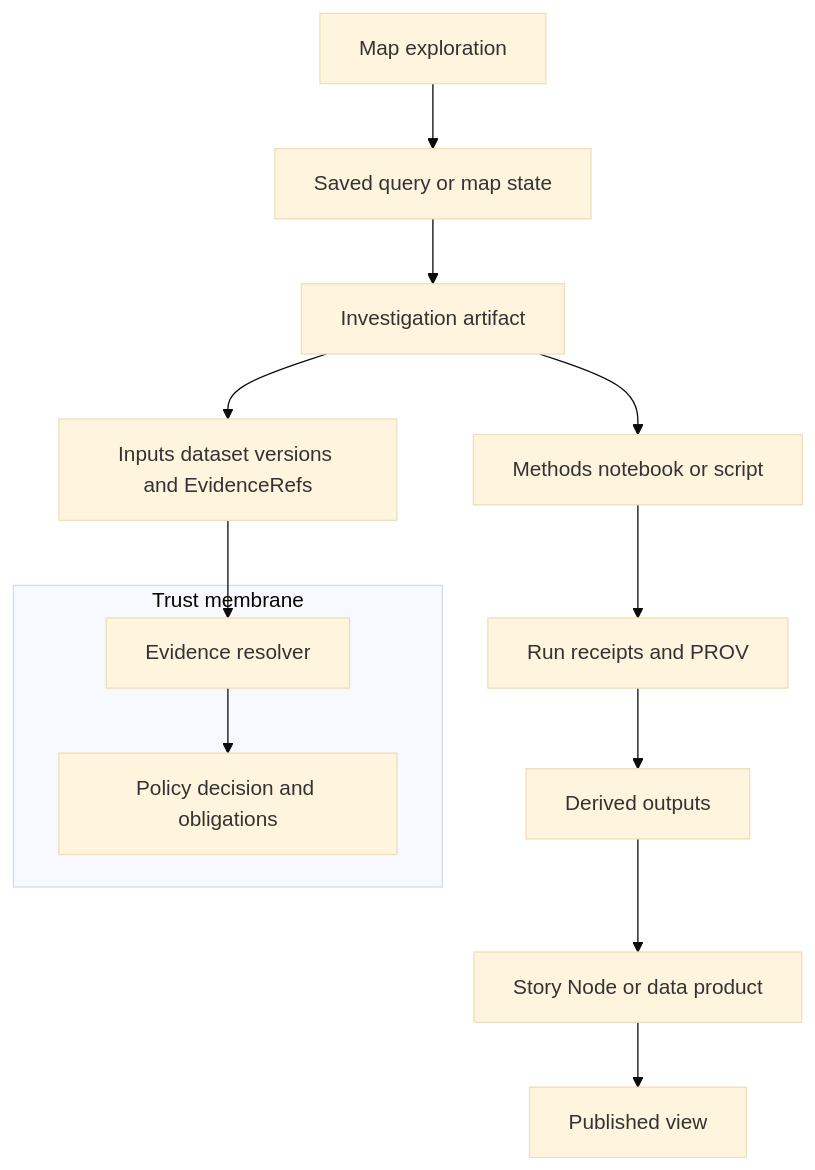
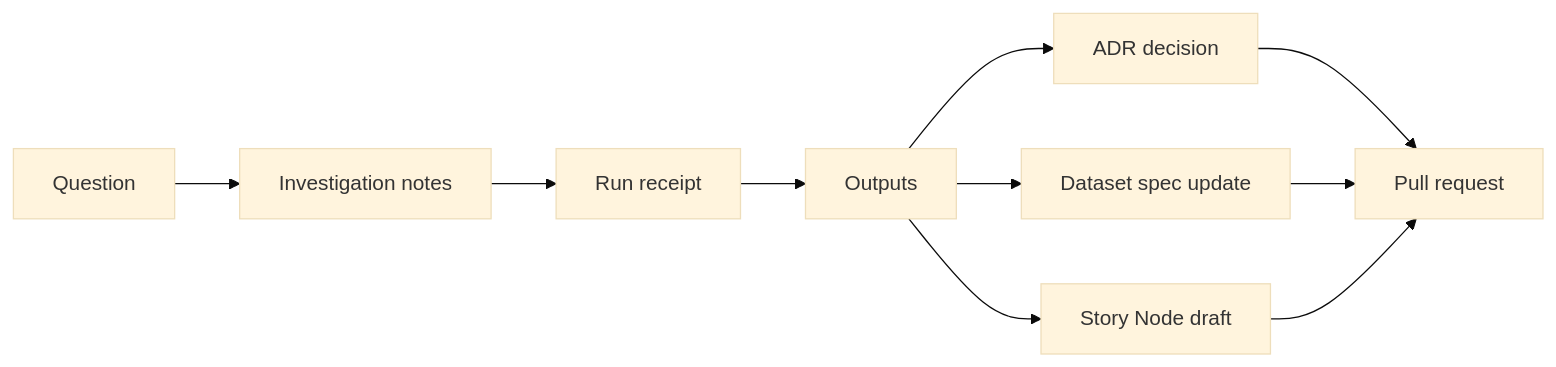
One commit to bartytime4life/Kansas-Frontier-Matrix changed the diagram in docs/investigations/README.md. Above: the diagram before and after it, drawn with Mermaid (base theme). The commit also changed other lines of this file, not shown here.

````diff
--- a/docs/investigations/README.md
+++ b/docs/investigations/README.md
@@ -133,19 +215,12 @@
 ```mermaid
-flowchart TD
-  A[Map exploration] --> B[Saved query or map state]
-  B --> C[Investigation artifact]
-  C --> D[Methods notebook or script]
-  D --> E[Run receipts and PROV]
-  E --> F[Derived outputs]
-  F --> G[Story Node or data product]
-  G --> H[Published view]
-
-  C --> I[Inputs dataset versions and EvidenceRefs]
-  I --> J[Evidence resolver]
-  J --> K[Policy decision and obligations]
-
-  subgraph Trust membrane
-    J
-    K
-  end
+flowchart LR
+  Q[Question] --> I[Investigation notes]
+  I --> R[Run receipt]
+  R --> O[Outputs]
+  O --> ADR[ADR decision]
+  O --> DS[Dataset spec update]
+  O --> SN[Story Node draft]
+  ADR --> PR[Pull request]
+  DS --> PR
+  SN --> PR
 ```
````
